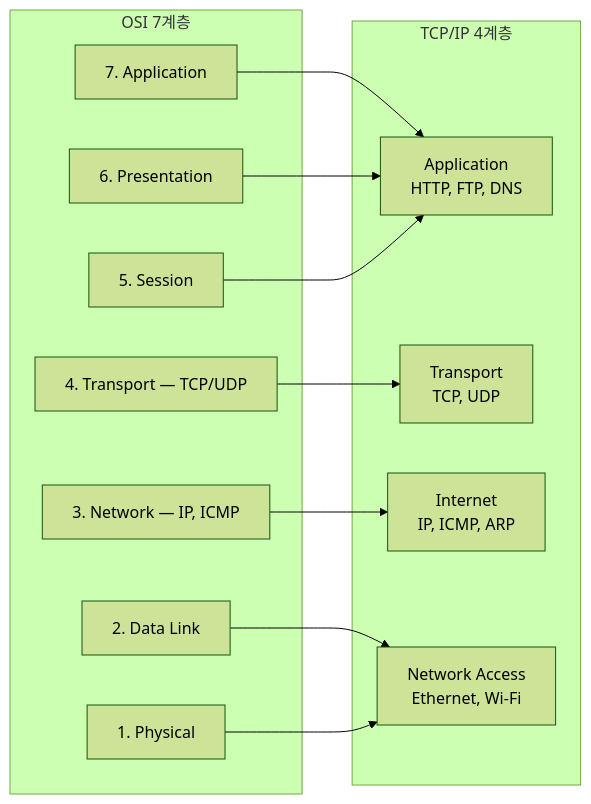
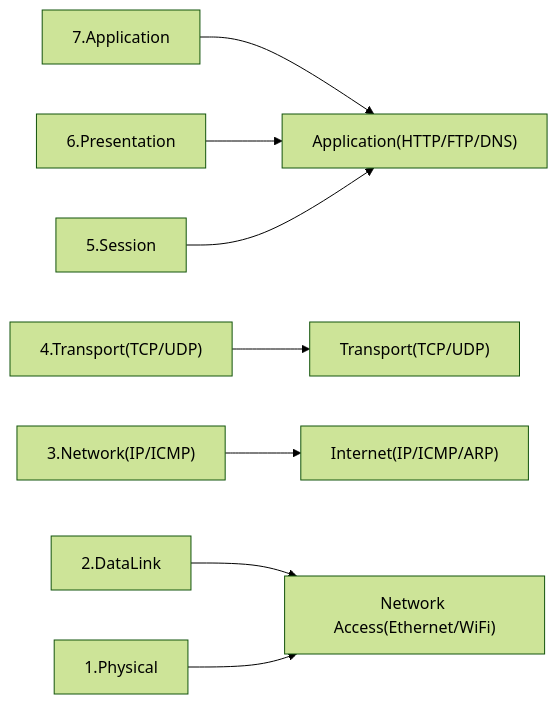
The fifth of 6 diagrams in _posts/network/2026-05-01-osi-7-layer.md (yjkim2015/yjkim2015.github.io), drawn with Mermaid (forest theme) before and after one commit. The commit also changed other lines of this file and 215 other files, not shown here.

First line of the commit message:
신규 포스트 10개 추가 + Mermaid 전면 축소 + SystemDesign 시리즈 보강

````diff
--- a/_posts/network/2026-05-01-osi-7-layer.md
+++ b/_posts/network/2026-05-01-osi-7-layer.md
@@ -245,25 +243,10 @@
 ```mermaid
 graph LR
-    subgraph "OSI 7계층"
-        O7["7. Application"]
-        O6["6. Presentation"]
-        O5["5. Session"]
-        O4["4. Transport — TCP/UDP"]
-        O3["3. Network — IP, ICMP"]
-        O2["2. Data Link"]
-        O1["1. Physical"]
-    end
-    subgraph "TCP/IP 4계층"
-        T4["Application\nHTTP, FTP, DNS"]
-        T3["Transport\nTCP, UDP"]
-        T2["Internet\nIP, ICMP, ARP"]
-        T1["Network Access\nEthernet, Wi-Fi"]
-    end
-    O7 --> T4
-    O6 --> T4
-    O5 --> T4
-    O4 --> T3
-    O3 --> T2
-    O2 --> T1
-    O1 --> T1
+    O7["7.Application"] --> T4["Application(HTTP/FTP/DNS)"]
+    O6["6.Presentation"] --> T4
+    O5["5.Session"] --> T4
+    O4["4.Transport(TCP/UDP)"] --> T3["Transport(TCP/UDP)"]
+    O3["3.Network(IP/ICMP)"] --> T2["Internet(IP/ICMP/ARP)"]
+    O2["2.DataLink"] --> T1["Network Access(Ethernet/WiFi)"]
+    O1["1.Physical"] --> T1
 ```
````
